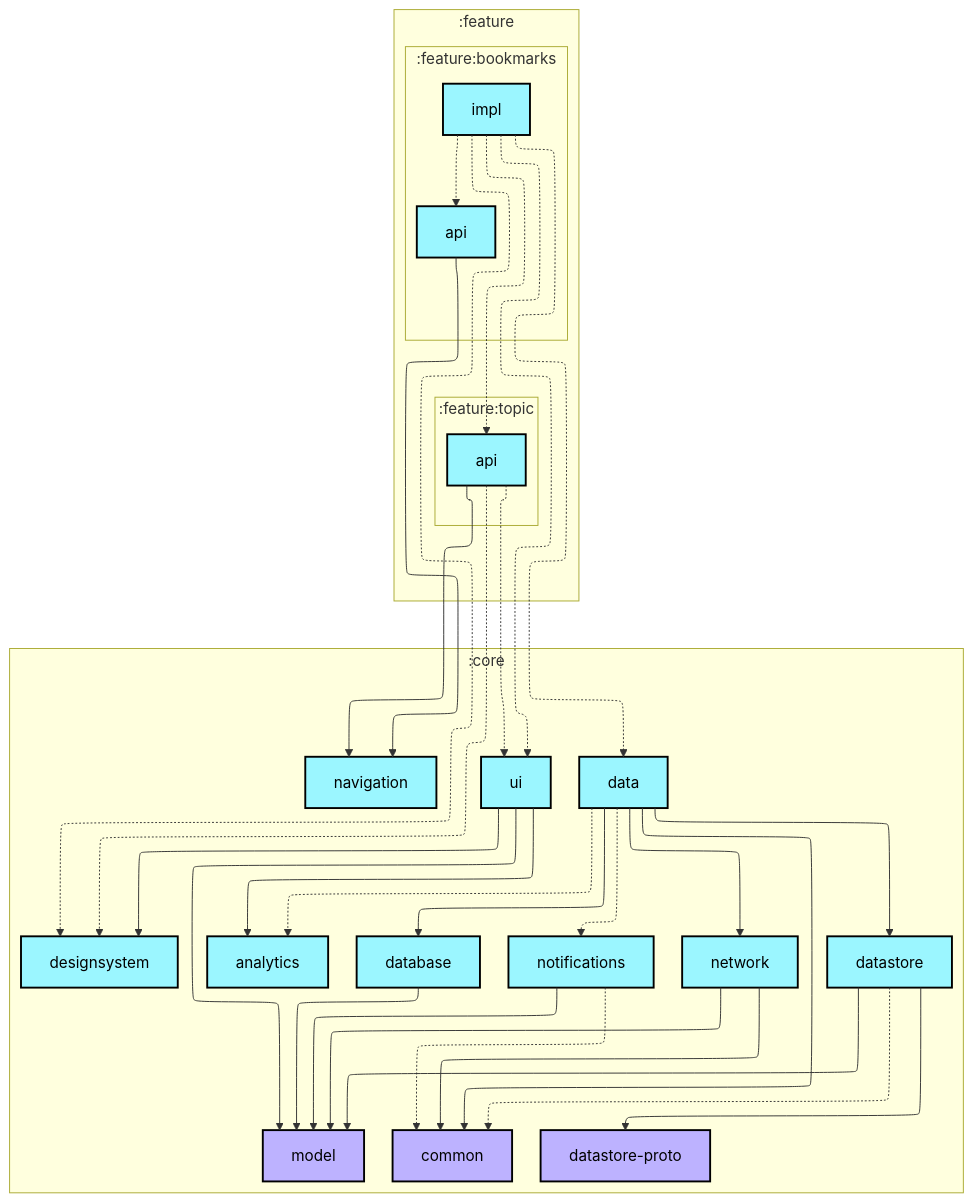
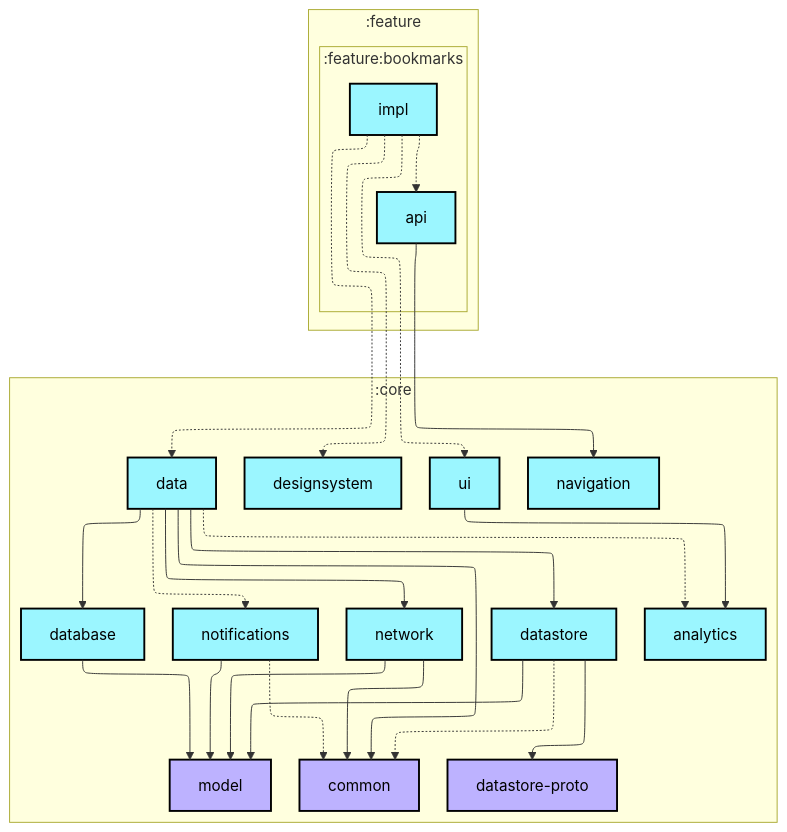
Before and after one commit to weiyuhl/nowinandroidtest: the first of 2 diagrams in feature/bookmarks/impl/README.md, drawn with Mermaid. The commit also changed 145 other files, not shown here.

````diff
--- a/feature/bookmarks/impl/README.md
+++ b/feature/bookmarks/impl/README.md
@@ -6,70 +6,60 @@
 ```mermaid
 ---
 config:
   layout: elk
   elk:
     nodePlacementStrategy: SIMPLE
 ---
 graph TB
   subgraph :feature
     direction TB
     subgraph :feature:bookmarks
       direction TB
       :feature:bookmarks:api[api]:::android-library
       :feature:bookmarks:impl[impl]:::android-library
-    end
-    subgraph :feature:topic
-      direction TB
-      :feature:topic:api[api]:::android-library
     end
   end
   subgraph :core
     direction TB
     :core:analytics[analytics]:::android-library
     :core:common[common]:::jvm-library
     :core:data[data]:::android-library
     :core:database[database]:::android-library
     :core:datastore[datastore]:::android-library
     :core:datastore-proto[datastore-proto]:::jvm-library
     :core:designsystem[designsystem]:::android-library
     :core:model[model]:::jvm-library
     :core:navigation[navigation]:::android-library
     :core:network[network]:::android-library
     :core:notifications[notifications]:::android-library
     :core:ui[ui]:::android-library
   end
 
   :core:data -.-> :core:analytics
   :core:data --> :core:common
   :core:data --> :core:database
   :core:data --> :core:datastore
   :core:data --> :core:network
   :core:data -.-> :core:notifications
   :core:database --> :core:model
   :core:datastore -.-> :core:common
   :core:datastore --> :core:datastore-proto
   :core:datastore --> :core:model
   :core:network --> :core:common
   :core:network --> :core:model
   :core:notifications -.-> :core:common
   :core:notifications --> :core:model
   :core:ui --> :core:analytics
-  :core:ui --> :core:designsystem
-  :core:ui --> :core:model
   :feature:bookmarks:api --> :core:navigation
   :feature:bookmarks:impl -.-> :core:data
   :feature:bookmarks:impl -.-> :core:designsystem
   :feature:bookmarks:impl -.-> :core:ui
   :feature:bookmarks:impl -.-> :feature:bookmarks:api
-  :feature:bookmarks:impl -.-> :feature:topic:api
-  :feature:topic:api -.-> :core:designsystem
-  :feature:topic:api --> :core:navigation
-  :feature:topic:api -.-> :core:ui
 
 classDef android-application fill:#CAFFBF,stroke:#000,stroke-width:2px,color:#000;
 classDef android-feature fill:#FFD6A5,stroke:#000,stroke-width:2px,color:#000;
 classDef android-library fill:#9BF6FF,stroke:#000,stroke-width:2px,color:#000;
 classDef android-test fill:#A0C4FF,stroke:#000,stroke-width:2px,color:#000;
 classDef jvm-library fill:#BDB2FF,stroke:#000,stroke-width:2px,color:#000;
 classDef unknown fill:#FFADAD,stroke:#000,stroke-width:2px,color:#000;
 ```
````
